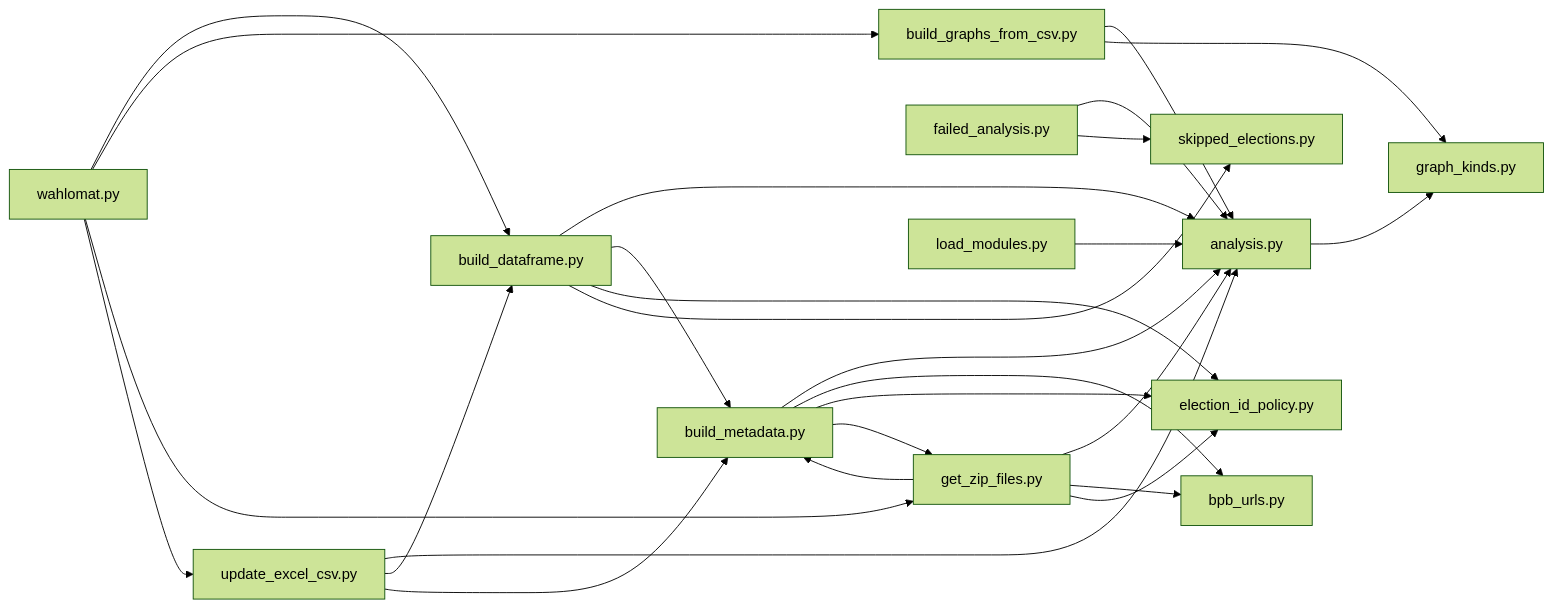
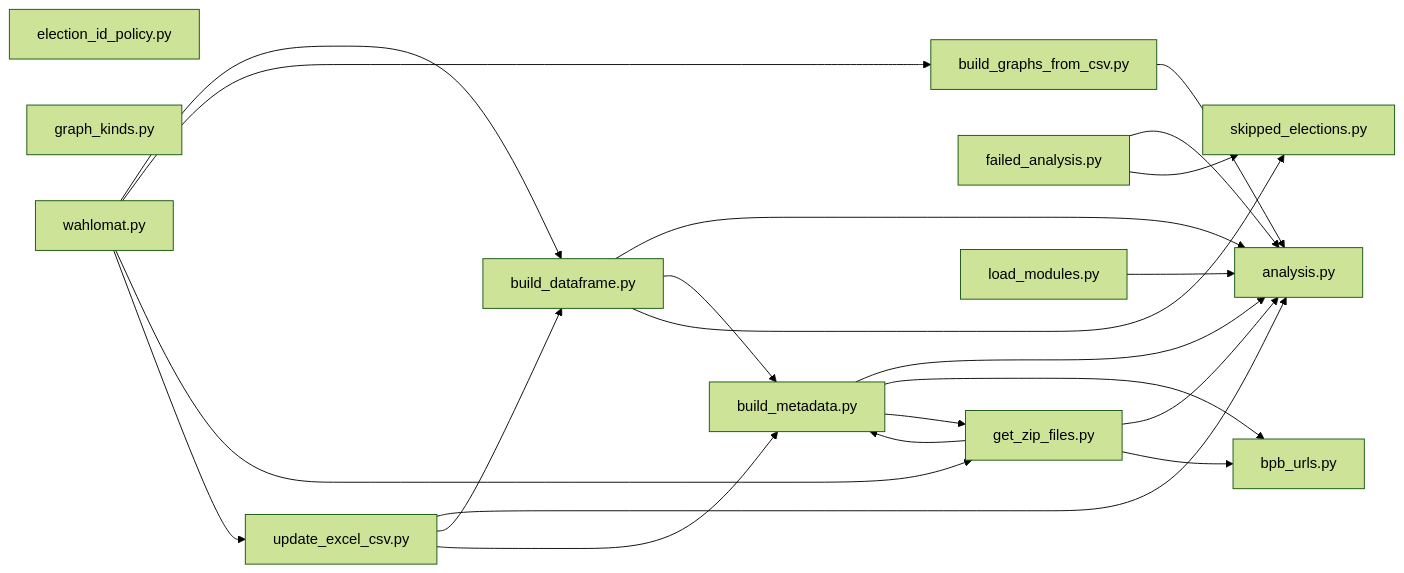
One commit to skbormann/wahlomat-extended-analysis changed the second of 2 diagrams in docs/ARCHITECTURE.md. Above: the diagram before and after it, drawn with Mermaid (forest theme).

Commit message:
Update generated architecture dependency graph.
Regenerate docs/ARCHITECTURE.md so the AUTOGEN dependency block matches current imports.

Made-with: Cursor

````diff
--- a/docs/ARCHITECTURE.md
+++ b/docs/ARCHITECTURE.md
@@ -57,41 +57,36 @@
 ```mermaid
 flowchart LR
   m_analysis["analysis.py"]
   m_bpb_urls["bpb_urls.py"]
   m_build_dataframe["build_dataframe.py"]
   m_build_graphs_from_csv["build_graphs_from_csv.py"]
   m_build_metadata["build_metadata.py"]
   m_election_id_policy["election_id_policy.py"]
   m_failed_analysis["failed_analysis.py"]
   m_get_zip_files["get_zip_files.py"]
   m_graph_kinds["graph_kinds.py"]
   m_load_modules["load_modules.py"]
   m_skipped_elections["skipped_elections.py"]
   m_update_excel_csv["update_excel_csv.py"]
   m_wahlomat["wahlomat.py"]
-  m_analysis --> m_graph_kinds
   m_build_dataframe --> m_analysis
   m_build_dataframe --> m_build_metadata
-  m_build_dataframe --> m_election_id_policy
   m_build_dataframe --> m_skipped_elections
   m_build_graphs_from_csv --> m_analysis
-  m_build_graphs_from_csv --> m_graph_kinds
   m_build_metadata --> m_analysis
   m_build_metadata --> m_bpb_urls
-  m_build_metadata --> m_election_id_policy
   m_build_metadata --> m_get_zip_files
   m_failed_analysis --> m_analysis
   m_failed_analysis --> m_skipped_elections
   m_get_zip_files --> m_analysis
   m_get_zip_files --> m_bpb_urls
   m_get_zip_files --> m_build_metadata
-  m_get_zip_files --> m_election_id_policy
   m_load_modules --> m_analysis
   m_update_excel_csv --> m_analysis
   m_update_excel_csv --> m_build_dataframe
   m_update_excel_csv --> m_build_metadata
   m_wahlomat --> m_build_dataframe
   m_wahlomat --> m_build_graphs_from_csv
   m_wahlomat --> m_get_zip_files
   m_wahlomat --> m_update_excel_csv
 ```
````
